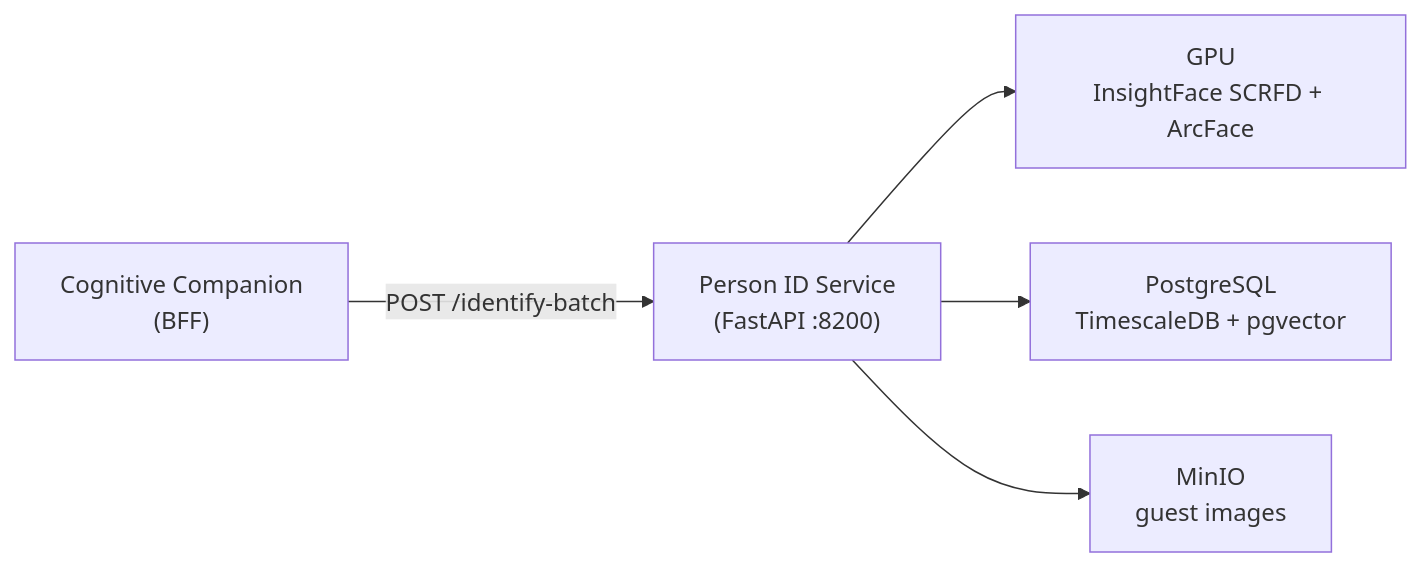
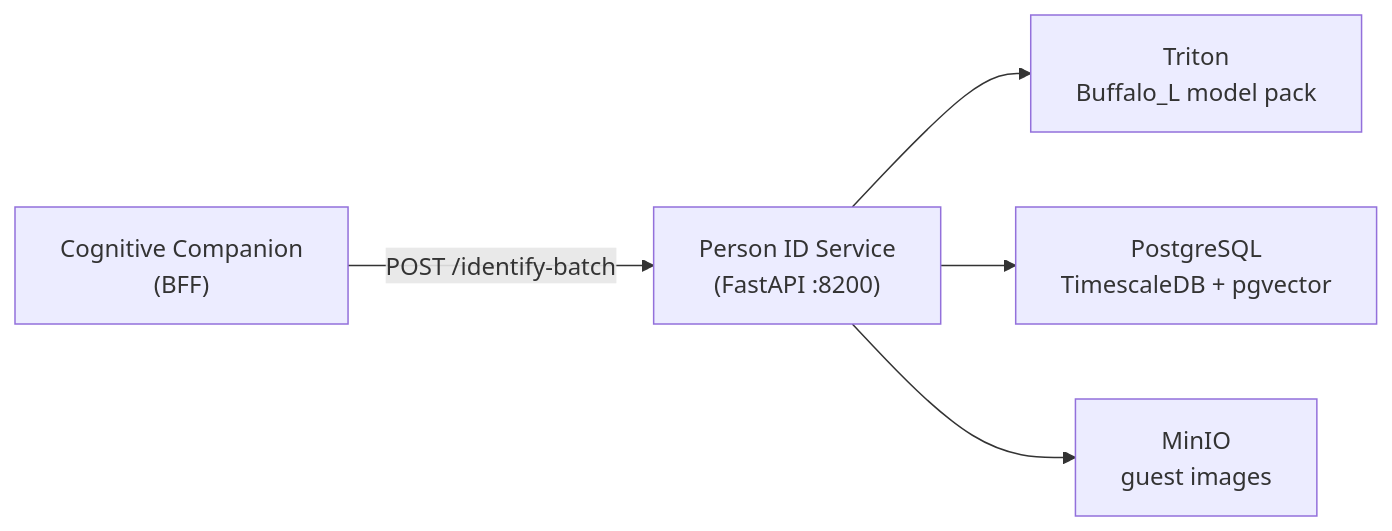
One commit to SilverMind-Project/person-identification-service changed the diagram in README.md. Above: the diagram before and after it, drawn with Mermaid. The commit also changed other lines of this file and 35 other files, not shown here.

Commit message:
serve person id service models via triton.  add support for jetson nanon inferencing.

````diff
--- a/README.md
+++ b/README.md
@@ -17,7 +18,7 @@
 ```mermaid
 flowchart LR
     CC["Cognitive Companion<br/>(BFF)"] -->|"POST /identify-batch"| PersonID["Person ID Service<br/>(FastAPI :8200)"]
-    PersonID --> GPU["GPU<br/>InsightFace SCRFD + ArcFace"]
+    PersonID --> Triton["Triton<br/>Buffalo_L model pack"]
     PersonID --> DB["PostgreSQL<br/>TimescaleDB + pgvector"]
     PersonID --> MinIO["MinIO<br/>guest images"]
 ```
````
